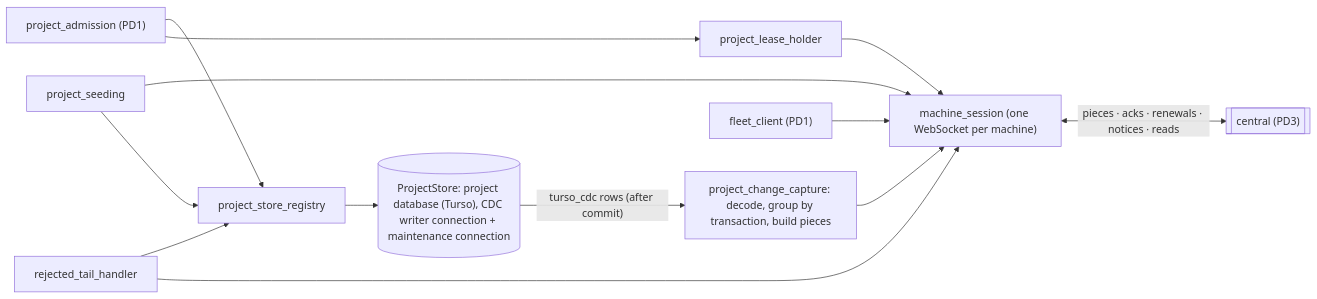
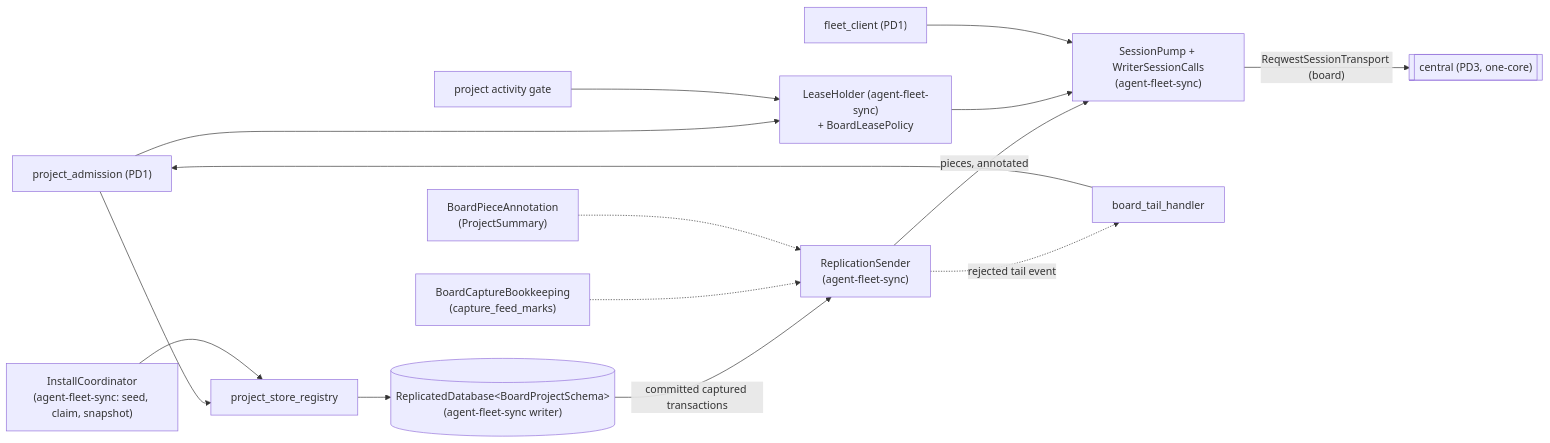
Before and after one commit to agent-collaboration/agent-collaboration: the first of 2 diagrams in docs/specs/2026-10-04-board-orchestration-design/program-design-2-project-storage.md, drawn with Mermaid. The commit also changed other lines of this file and 17 other files, not shown here.

First line of the commit message:
docs(specs): publish the board, central one-core and agent-fleet-sync designs

````diff
--- a/docs/specs/2026-10-04-board-orchestration-design/program-design-2-project-storage.md
+++ b/docs/specs/2026-10-04-board-orchestration-design/program-design-2-project-storage.md
@@ -31,15 +37,17 @@
 ```mermaid
 flowchart LR
-  PA["project_admission (PD1)"] --> PSR["project_store_registry"]
-  PSR --> PS[("ProjectStore: project database (Turso), CDC writer connection + maintenance connection")]
-  PA --> LH["project_lease_holder"]
-  PS -- "turso_cdc rows (after commit)" --> CC["project_change_capture: decode, group by transaction, build pieces"]
-  CC --> MS["machine_session (one WebSocket per machine)"]
-  LH --> MS
-  FC["fleet_client (PD1)"] --> MS
-  MS <-- "pieces · acks · renewals · notices · reads" --> CENTRAL[["central (PD3)"]]
-  SEED["project_seeding"] --> MS
-  SEED --> PSR
-  TAIL["rejected_tail_handler"] --> PSR
-  TAIL --> MS
+  PA["project_admission (PD1)"] --> REG["project_store_registry"]
+  REG --> RD[("ReplicatedDatabase&lt;BoardProjectSchema&gt;<br/>(agent-fleet-sync writer)")]
+  RD -- "committed captured transactions" --> SND["ReplicationSender<br/>(agent-fleet-sync)"]
+  SND -- "pieces, annotated" --> SP["SessionPump + WriterSessionCalls<br/>(agent-fleet-sync)"]
+  SP -- "ReqwestSessionTransport (board)" --> CENTRAL[["central (PD3, one-core)"]]
+  LH["LeaseHolder (agent-fleet-sync)<br/>+ BoardLeasePolicy"] --> SP
+  PA --> LH
+  INST["InstallCoordinator<br/>(agent-fleet-sync: seed, claim, snapshot)"] --> REG
+  SND -. "rejected tail event" .-> TAIL["board_tail_handler"]
+  TAIL --> PA
+  CAP["BoardCaptureBookkeeping<br/>(capture_feed_marks)"] -.-> SND
+  ANN["BoardPieceAnnotation<br/>(ProjectSummary)"] -.-> SND
+  FC["fleet_client (PD1)"] --> SP
+  GATE["project activity gate"] --> LH
 ```
````
